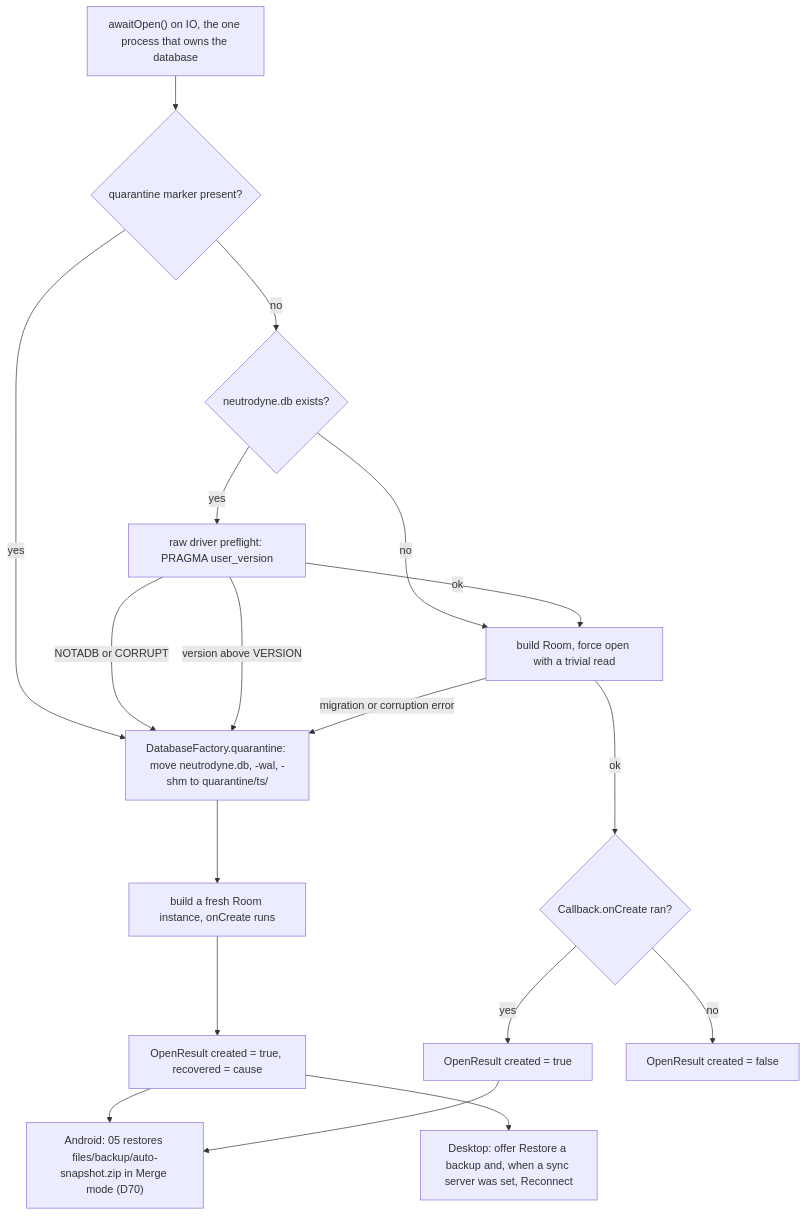
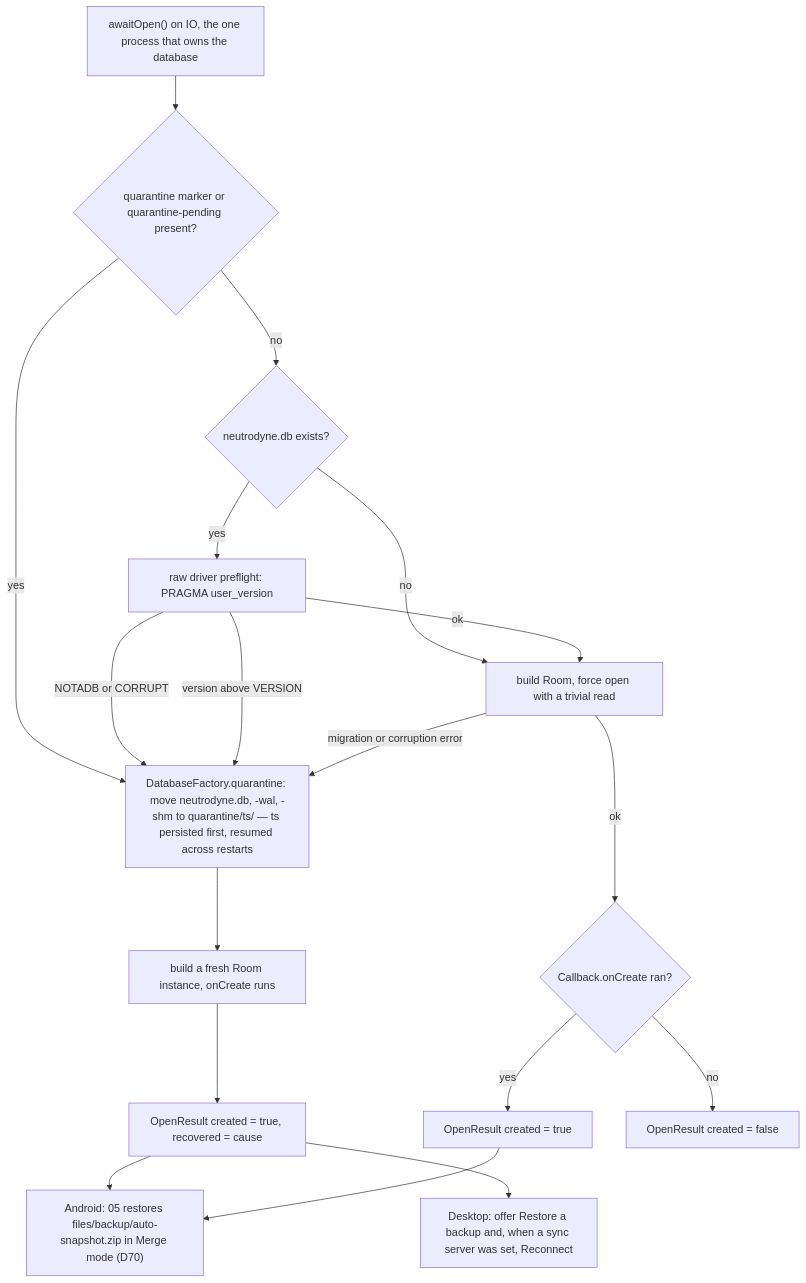
One commit to L-K-M/Neutrodyne changed the fifth of 5 diagrams in docs/design/02-data-model.md. Above: the diagram before and after it, drawn with Mermaid. The commit also changed other lines of this file and 10 other files, not shown here.

````diff
--- a/docs/design/02-data-model.md
+++ b/docs/design/02-data-model.md
@@ -2120,20 +2122,20 @@
 ```mermaid
 flowchart TD
-  A["awaitOpen() on IO, the one process that owns the database"] --> B{"quarantine marker present?"}
-  B -->|yes| Q["DatabaseFactory.quarantine: move neutrodyne.db, -wal, -shm to quarantine/ts/"]
+  A["awaitOpen() on IO, the one process that owns the database"] --> B{"quarantine marker or quarantine-pending present?"}
+  B -->|yes| Q["DatabaseFactory.quarantine: move neutrodyne.db, -wal, -shm to quarantine/ts/ — ts persisted first, resumed across restarts"]
   B -->|no| K{"neutrodyne.db exists?"}
   K -->|no| D
   K -->|yes| C["raw driver preflight: PRAGMA user_version"]
   C -->|"NOTADB or CORRUPT"| Q
   C -->|"version above VERSION"| Q
   C -->|ok| D["build Room, force open with a trivial read"]
   D -->|"migration or corruption error"| Q
   D -->|ok| E{"Callback.onCreate ran?"}
   Q --> F["build a fresh Room instance, onCreate runs"]
   F --> G["OpenResult created = true, recovered = cause"]
   E -->|yes| H["OpenResult created = true"]
   E -->|no| I["OpenResult created = false"]
   G --> J["Android: 05 restores files/backup/auto-snapshot.zip in Merge mode (D70)"]
   H --> J
   G --> L["Desktop: offer Restore a backup and, when a sync server was set, Reconnect"]
 ```
````
